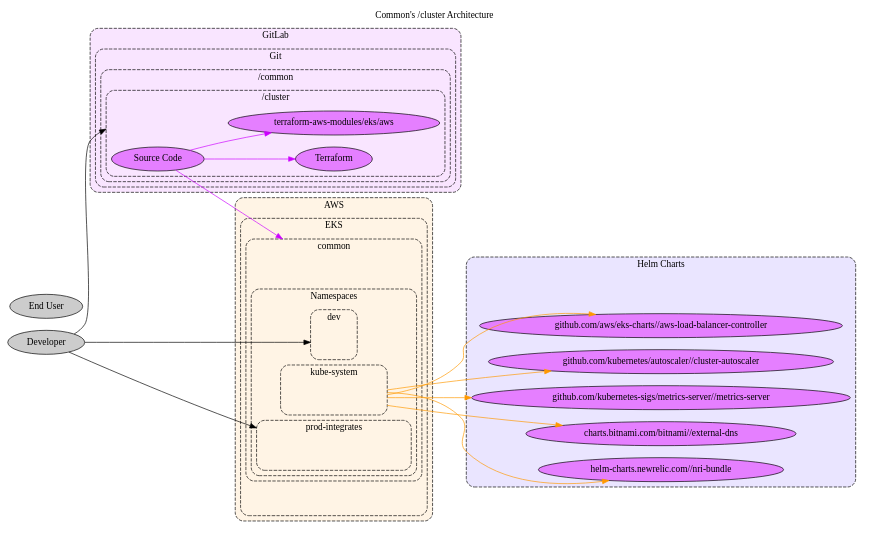
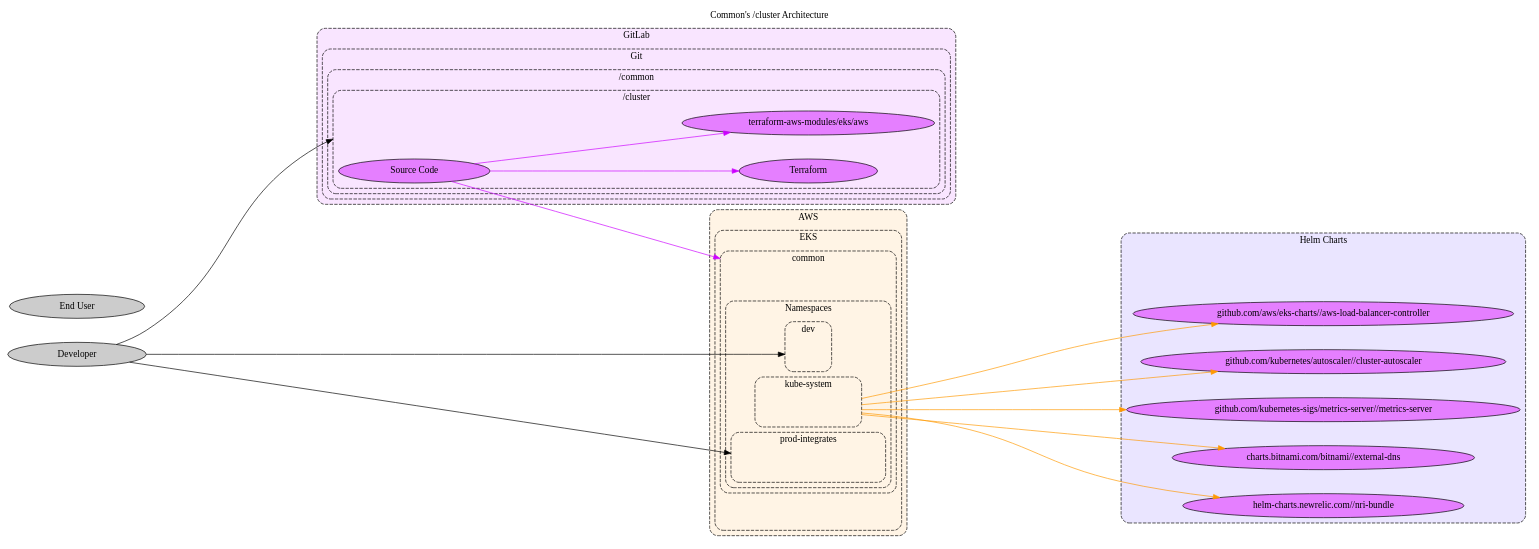
Before and after one commit to jeanbaptistemora/fluidattacks-universe2: the diagram in docs/src/docs/development/products/common/cluster-arch.dot, drawn with Graphviz. The commit also changed 18 other files, not shown here.

```diff
--- a/docs/src/docs/development/products/common/cluster-arch.dot
+++ b/docs/src/docs/development/products/common/cluster-arch.dot
@@ -1,123 +1,125 @@
 // SPDX-FileCopyrightText: 2022 Fluid Attacks <development@fluidattacks.com>
 //
 // SPDX-License-Identifier: MPL-2.0
 
 digraph common {
   label="Common's /cluster Architecture"
   labelloc="t"
   compound="true"
   // concentrate="true"
   rankdir="LR"
-  scale="scalexy"
+  ranksep="4.0"
+  nodesep="0.5"
+  overlap="scalexy"
 
-  node[style="filled"]
+  node[style="filled" margin="0.8,0.0"]
   graph[style="dashed,rounded"]
 
   subgraph cluster_aws {
     label="AWS"
     bgcolor="0.1 0.1 1.0"
     node[fillcolor="0.1 0.5 1.0"]
 
     subgraph cluster_aws_eks {
       label="EKS"
 
       cluster_aws_eks[label="" style="invis"]
 
       subgraph cluster_aws_eks_common {
         label="common"
 
         cluster_aws_eks_common[label="" style="invis"]
 
         subgraph cluster_aws_eks_common_worker_groups {
           label="Worker Groups"
         }
 
         subgraph cluster_aws_eks_common_namespaces {
           label="Namespaces"
 
           subgraph cluster_aws_eks_common_namespaces_dev {
             label="dev"
 
             cluster_aws_eks_common_namespaces_dev[label="" style="invis"]
           }
 
           subgraph cluster_aws_eks_common_namespaces_kube_system {
             label="kube-system"
 
             cluster_aws_eks_common_namespaces_kube_system[label="" style="invis" width="2.0"]
           }
 
           subgraph cluster_aws_eks_common_namespaces_prod_integrates {
             label="prod-integrates"
             cluster_aws_eks_common_namespaces_prod_integrates[label="" style="invis" width="3.0"]
           }
         }
       }
     }
   }
 
   subgraph cluster_cloudflare {
     label="Cloudflare"
     bgcolor="0.6 0.1 1.0"
     node[fillcolor="0.6 0.5 1.0"]
   }
 
   subgraph cluster_gitlab {
     label="GitLab"
     bgcolor="0.8 0.1 1.0"
     node[fillcolor="0.8 0.5 1.0"]
 
     subgraph cluster_gitlab_git {
       label="Git"
 
       subgraph cluster_gitlab_git_common {
         label="/common"
 
         subgraph cluster_gitlab_git_common_cluster {
           label="/cluster"
 
           cluster_gitlab_git_common_cluster[label="" style="invis"]
           gitlab_git_common_cluster[label="Source Code"]
           gitlab_git_common_cluster_terraform[label="Terraform"]
           gitlab_git_common_cluster_terraform_terraform_aws_modules_eks_aws[label="terraform-aws-modules/eks/aws"]
         }
       }
     }
   }
 
   subgraph cluster_helm {
     label="Helm Charts"
     bgcolor="0.7 0.1 1.0"
     node[fillcolor="0.8 0.5 1.0"]
 
     cluster_helm[label="" style="invis"]
     helm_aws_load_balancer_controller[label="github.com/aws/eks-charts//aws-load-balancer-controller"]
     helm_cluster_autoscaler[label="github.com/kubernetes/autoscaler//cluster-autoscaler"]
     helm_metrics_server[label="github.com/kubernetes-sigs/metrics-server//metrics-server"]
     helm_external_dns[label="charts.bitnami.com/bitnami//external-dns"]
     helm_nri_bundle[label="helm-charts.newrelic.com//nri-bundle"]
   }
 
   edge[color="0.1 1.0 1.0"]
   cluster_aws_eks_common_namespaces_kube_system -> helm_aws_load_balancer_controller[ltail="cluster_aws_eks_common_namespaces_kube_system"]
   cluster_aws_eks_common_namespaces_kube_system -> helm_cluster_autoscaler[ltail="cluster_aws_eks_common_namespaces_kube_system"]
   cluster_aws_eks_common_namespaces_kube_system -> helm_metrics_server[ltail="cluster_aws_eks_common_namespaces_kube_system"]
   cluster_aws_eks_common_namespaces_kube_system -> helm_external_dns[ltail="cluster_aws_eks_common_namespaces_kube_system"]
   cluster_aws_eks_common_namespaces_kube_system -> helm_nri_bundle[ltail="cluster_aws_eks_common_namespaces_kube_system"]
 
   edge[color="0.6 1.0 1.0"]
 
   edge[color="0.8 1.0 1.0"]
   gitlab_git_common_cluster -> cluster_aws_eks_common[lhead="cluster_aws_eks_common"]
   gitlab_git_common_cluster -> gitlab_git_common_cluster_terraform[]
   gitlab_git_common_cluster -> gitlab_git_common_cluster_terraform_terraform_aws_modules_eks_aws[]
 
   node[fillcolor="0.0 0.0 0.8"]
   customer[label="End User"]
   developer[label="Developer"]
 
   edge[color="0.0 0.0 0.0"]
   developer -> cluster_aws_eks_common_namespaces_dev[lhead="cluster_aws_eks_common_namespaces_dev"]
   developer -> cluster_aws_eks_common_namespaces_prod_integrates[lhead="cluster_aws_eks_common_namespaces_prod_integrates"]
   developer -> cluster_gitlab_git_common_cluster[lhead="cluster_gitlab_git_common_cluster"]
 }
```
